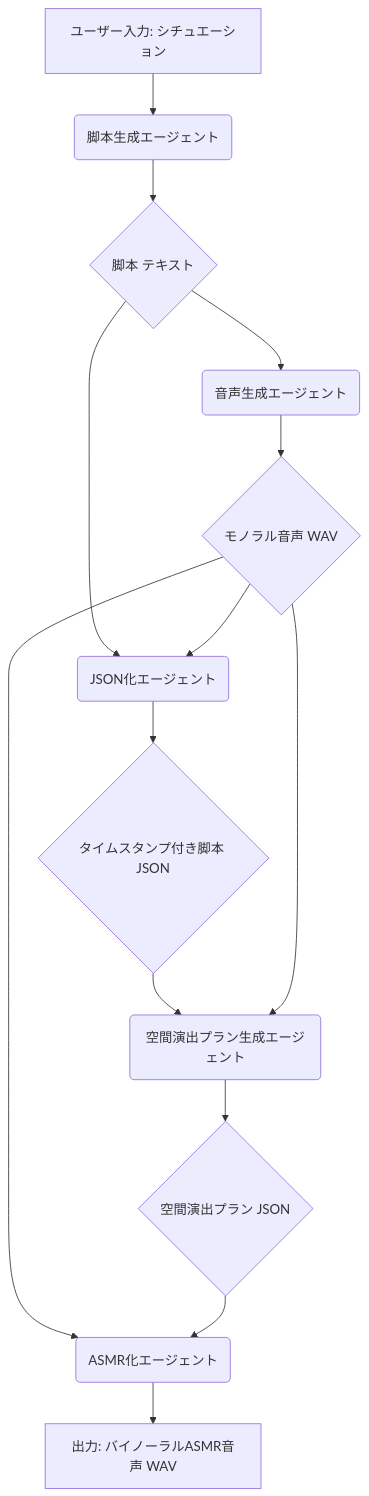
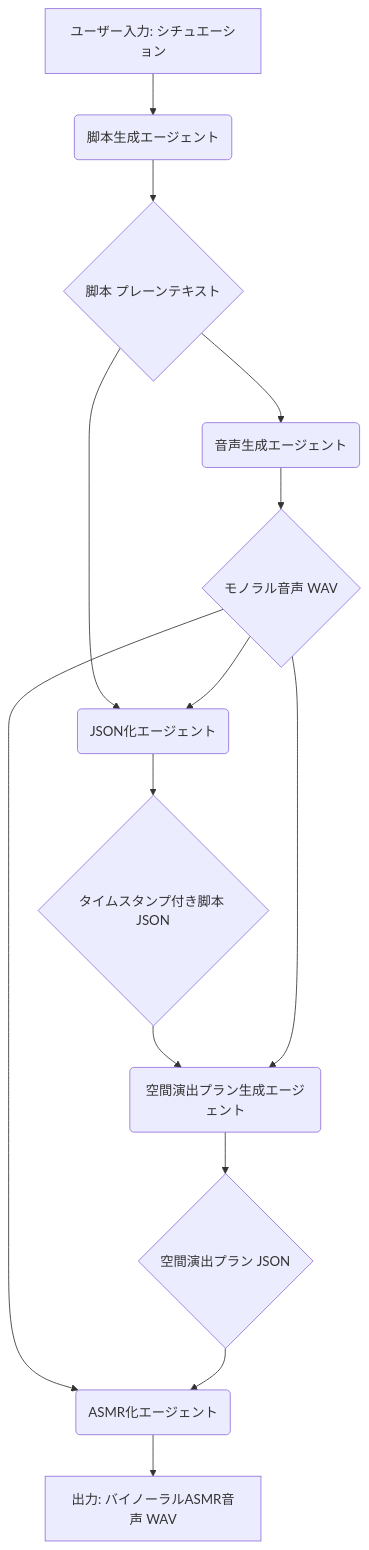
Before and after one commit to nozoyoshida/asmr-gen: the diagram in README.md, drawn with Mermaid. The commit also changed other lines of this file and 1 other file, not shown here.

````diff
--- a/README.md
+++ b/README.md
@@ -38,16 +38,16 @@
 ```mermaid
 graph TD
     A[ユーザー入力: シチュエーション] --> B(脚本生成エージェント);
-    B --> C{脚本 テキスト};
+    B --> C{脚本 プレーンテキスト};
     C --> D(音声生成エージェント);
     D --> E{モノラル音声 WAV};
     C --> F(JSON化エージェント);
     E --> F;
     F --> G{タイムスタンプ付き脚本 JSON};
     G --> H(空間演出プラン生成エージェント);
     E --> H;
     H --> I{空間演出プラン JSON};
     E --> J(ASMR化エージェント);
     I --> J;
     J --> K[出力: バイノーラルASMR音声 WAV];
 ```
````
